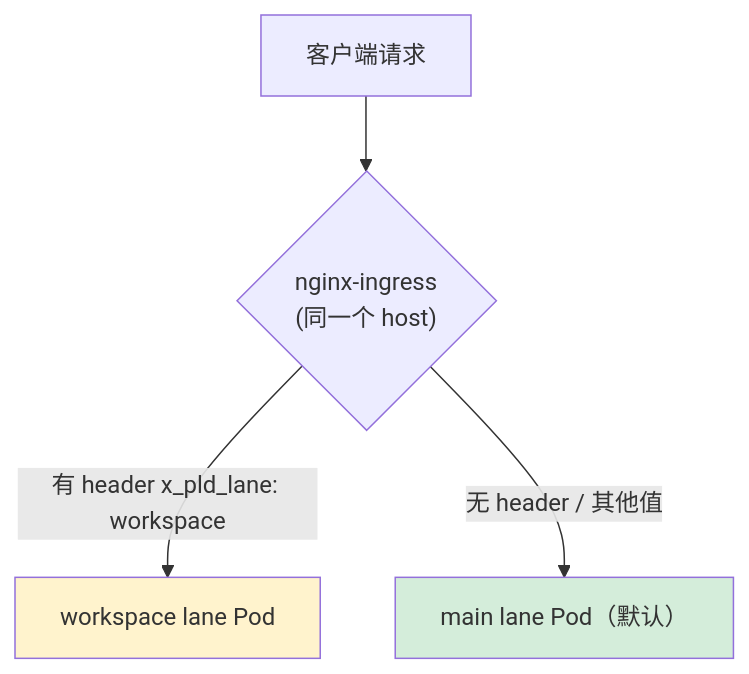
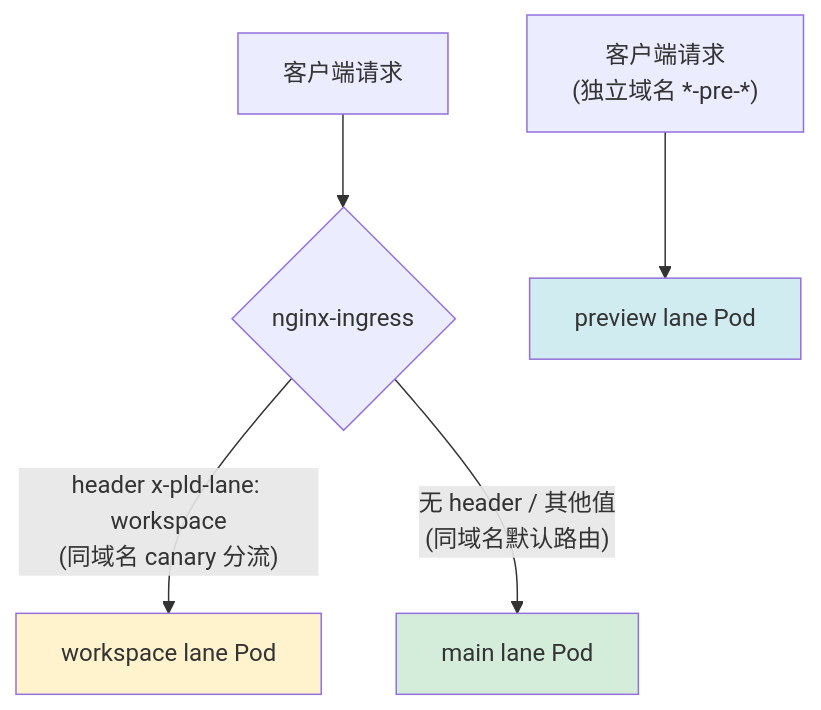
The diagram in infra/k8s-learning/13-k8s-lane-mechanism.md (pillarliang/study-notes), drawn with Mermaid before and after one commit. The commit also changed other lines of this file and 12 other files, not shown here.

````diff
--- a/infra/k8s-learning/13-k8s-lane-mechanism.md
+++ b/infra/k8s-learning/13-k8s-lane-mechanism.md
@@ -66,8 +27,10 @@
 ```mermaid
 flowchart TD
-    A["客户端请求"] --> B{"nginx-ingress<br/>(同一个 host)"}
-    B -->|"有 header x_pld_lane: workspace"| C["workspace lane Pod"]
-    B -->|"无 header / 其他值"| D["main lane Pod（默认）"]
+    A["客户端请求"] --> B{"nginx-ingress"}
+    B -->|"header x-pld-lane: workspace<br/>(同域名 canary 分流)"| C["workspace lane Pod"]
+    B -->|"无 header / 其他值<br/>(同域名默认路由)"| D["main lane Pod"]
+    E["客户端请求<br/>(独立域名 *-pre-*)"] --> F["preview lane Pod"]
     style C fill:#fff3cd
     style D fill:#d4edda
+    style F fill:#d1ecf1
 ```
````
